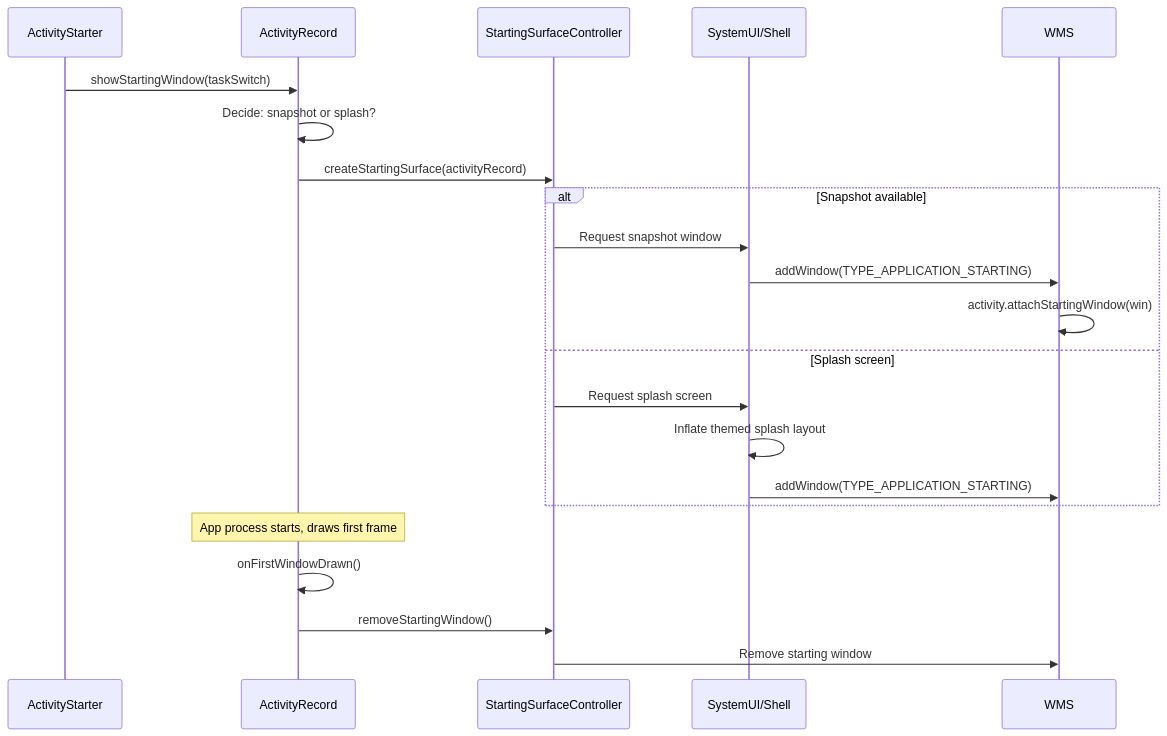
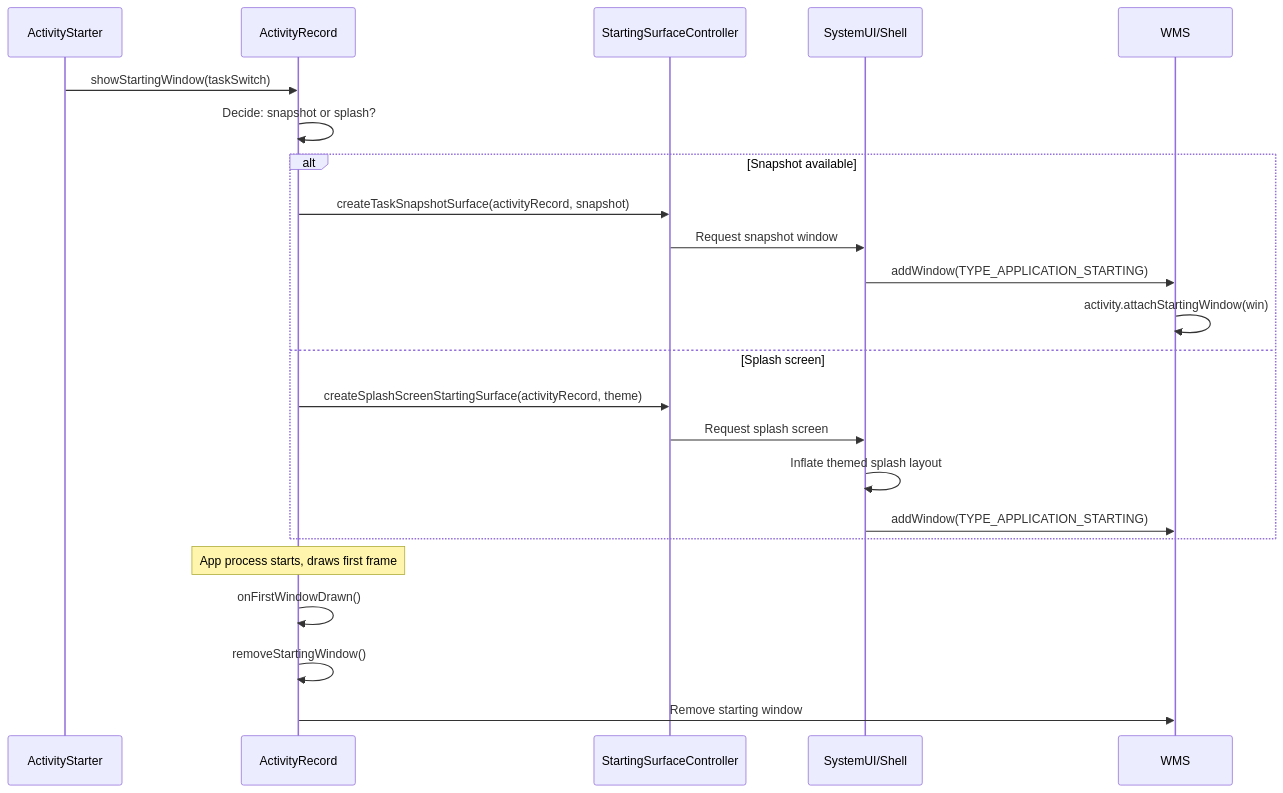
One commit to aospbooks/aosp-internal-book changed diagram 28 of 41 in agents/claude/skills/aosp-framework-core/22-activity-and-window.md. Above: the diagram before and after it, drawn with Mermaid. The commit also changed other lines of this file and 218 other files, not shown here.

````diff
--- a/agents/claude/skills/aosp-framework-core/22-activity-and-window.md
+++ b/agents/claude/skills/aosp-framework-core/22-activity-and-window.md
@@ -2540,27 +2553,28 @@
 ```mermaid
 sequenceDiagram
     participant AS as ActivityStarter
     participant AR as ActivityRecord
     participant SSC as StartingSurfaceController
     participant Shell as SystemUI/Shell
     participant WMS as WMS
 
     AS->>AR: showStartingWindow(taskSwitch)
     AR->>AR: Decide: snapshot or splash?
-    AR->>SSC: createStartingSurface(activityRecord)
 
     alt Snapshot available
+        AR->>SSC: createTaskSnapshotSurface(activityRecord, snapshot)
         SSC->>Shell: Request snapshot window
         Shell->>WMS: addWindow(TYPE_APPLICATION_STARTING)
         WMS->>WMS: activity.attachStartingWindow(win)
     else Splash screen
+        AR->>SSC: createSplashScreenStartingSurface(activityRecord, theme)
         SSC->>Shell: Request splash screen
         Shell->>Shell: Inflate themed splash layout
         Shell->>WMS: addWindow(TYPE_APPLICATION_STARTING)
     end
 
     Note over AR: App process starts, draws first frame
     AR->>AR: onFirstWindowDrawn()
-    AR->>SSC: removeStartingWindow()
-    SSC->>WMS: Remove starting window
+    AR->>AR: removeStartingWindow()
+    AR->>WMS: Remove starting window
 ```
````
